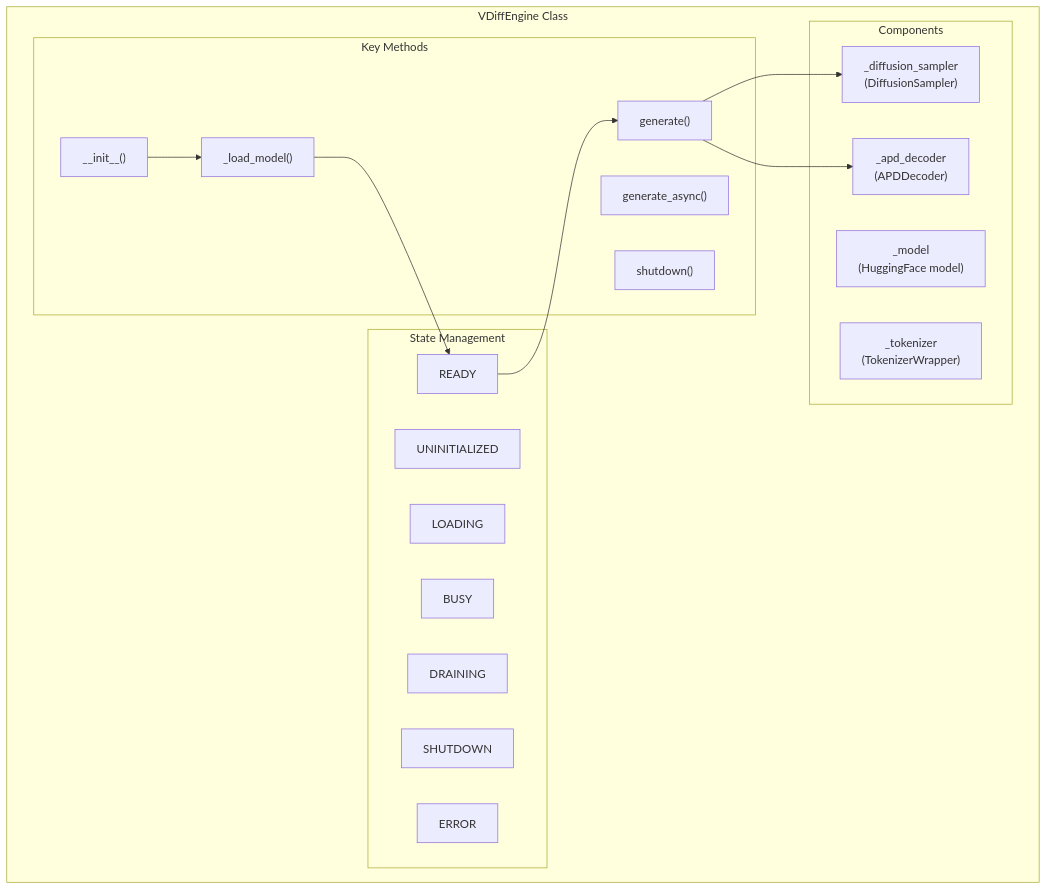
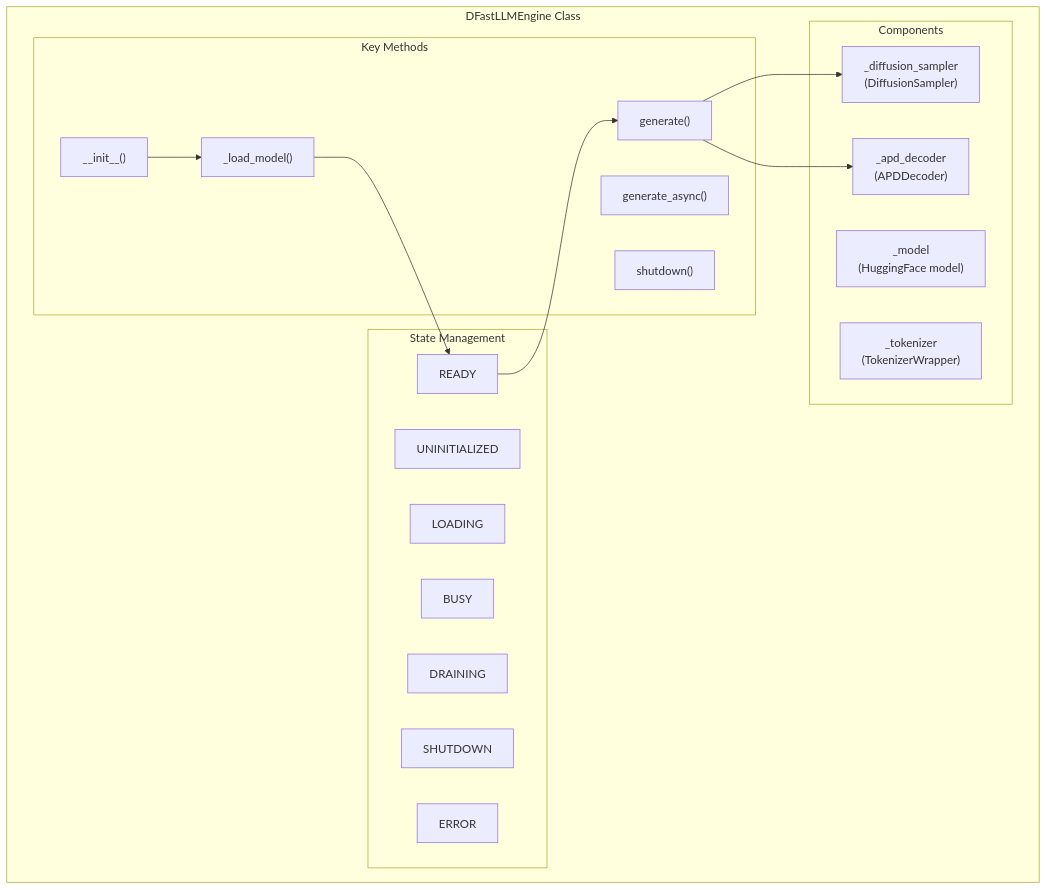
The sixth of 16 diagrams in docs/dev-doc/02-architecture.md (mwaykole/vdiff), drawn with Mermaid before and after one commit. The commit also changed other lines of this file and 53 other files, not shown here.

````diff
--- a/docs/dev-doc/02-architecture.md
+++ b/docs/dev-doc/02-architecture.md
@@ -228,35 +228,35 @@
 ```mermaid
 flowchart TB
-    subgraph VDiffEngine["VDiffEngine Class"]
+    subgraph DFastLLMEngine["DFastLLMEngine Class"]
         subgraph State["State Management"]
             S1["UNINITIALIZED"]
             S2["LOADING"]
             S3["READY"]
             S4["BUSY"]
             S5["DRAINING"]
             S6["SHUTDOWN"]
             S7["ERROR"]
         end
         
         subgraph Components["Components"]
             MODEL["_model<br/>(HuggingFace model)"]
             TOKENIZER["_tokenizer<br/>(TokenizerWrapper)"]
             DIFFUSION["_diffusion_sampler<br/>(DiffusionSampler)"]
             APD["_apd_decoder<br/>(APDDecoder)"]
         end
         
         subgraph Methods["Key Methods"]
             INIT["__init__()"]
             LOAD["_load_model()"]
             GEN["generate()"]
             GENASYNC["generate_async()"]
             SHUTDOWN["shutdown()"]
         end
     end
     
     INIT --> LOAD
     LOAD --> S3
     S3 --> GEN
     GEN --> DIFFUSION
     GEN --> APD
 ```
````
